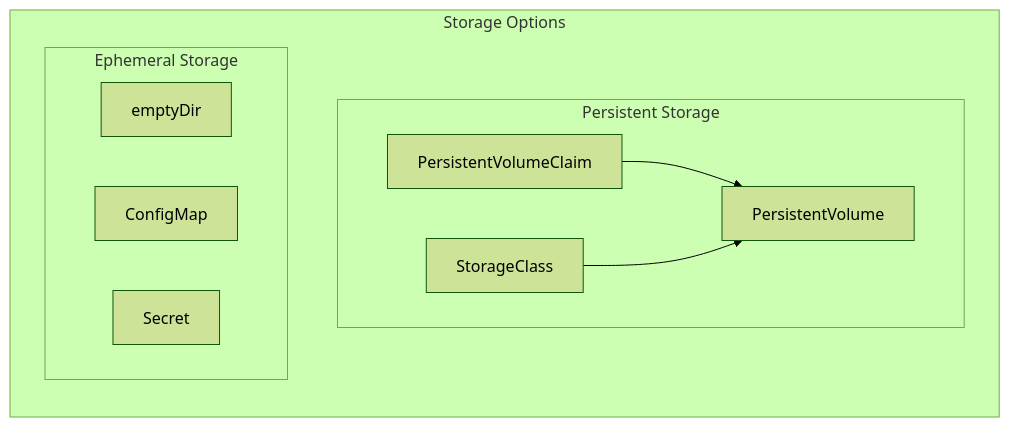
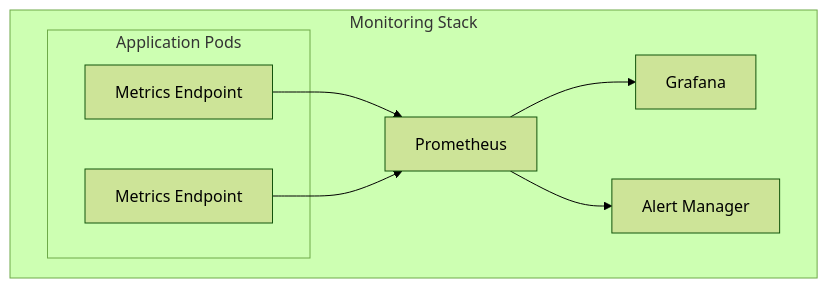
Before and after one commit to saravanakumarrc/Architecture_Journey: the fifth of 5 diagrams in src/Container_Orchestration_Concepts.md, drawn with Mermaid (forest theme). The commit also changed other lines of this file and 2 other files, not shown here.

Commit message:
Refactor documentation for Cloud & Infrastructure and Message Broker Architectures to include detailed links and enhance clarity on patterns and implementations.

````diff
--- a/src/Container_Orchestration_Concepts.md
+++ b/src/Container_Orchestration_Concepts.md
@@ -257,21 +328,18 @@
 ```mermaid
 graph TB
-    subgraph "Storage Options"
-        direction TB
+    subgraph "Monitoring Stack"
+        P[Prometheus]
+        G[Grafana]
+        A[Alert Manager]
         
-        subgraph "Persistent Storage"
-            PV[PersistentVolume]
-            PVC[PersistentVolumeClaim]
-            SC[StorageClass]
+        subgraph "Application Pods"
+            M1[Metrics Endpoint]
+            M2[Metrics Endpoint]
         end
         
-        subgraph "Ephemeral Storage"
-            ES[emptyDir]
-            CM[ConfigMap]
-            SEC[Secret]
-        end
-        
-        PVC --> PV
-        SC --> PV
+        M1 --> P
+        M2 --> P
+        P --> G
+        P --> A
     end
 ```
````
